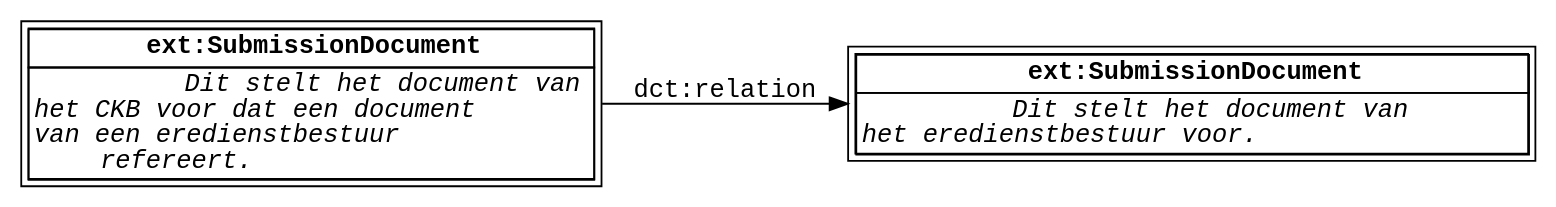
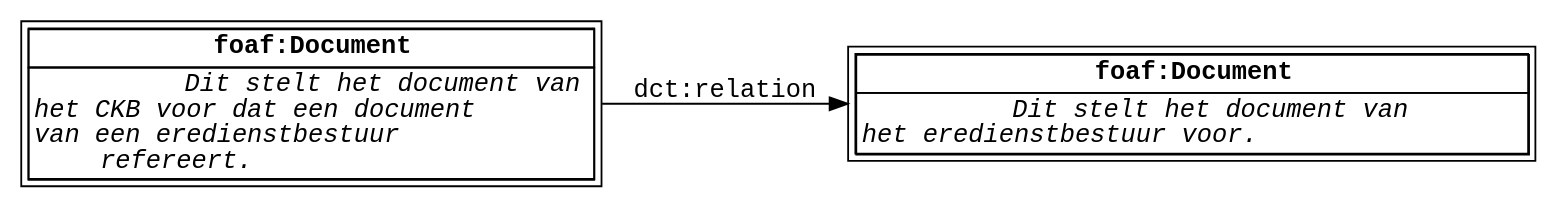
The diagram in DiagramsSource/refereren-als-ckb.dot (lblod/pages-vendors), drawn with Graphviz before and after one commit. The commit also changed 4 other files, not shown here.

First line of the commit message:
Change ext:SubmissionDocument to foaf:Document

```diff
--- a/DiagramsSource/refereren-als-ckb.dot
+++ b/DiagramsSource/refereren-als-ckb.dot
@@ -1,39 +1,39 @@
 digraph ReferencingAsCKBModel {
   node [shape="box", peripheries=2, margin=0, fontname="Monospace"];
   edge [fontname="Monospace"];
   rankdir="LR";
 
   SubmissionDocumentCKB [label=<
     <table border="0" cellspacing="0" cellborder="1">
       <tr>
-        <td><b>ext:SubmissionDocument</b></td>
+        <td><b>foaf:Document</b></td>
       </tr>
       <tr>
         <td>
           <i>Dit stelt het document van <br align="left" />
 het CKB voor dat een document <br align="left" />
 van een eredienstbestuur <br align="left" />
 refereert.
           </i>
         </td>
       </tr>
     </table>
   >];
 
   SubmissionDocumentEB [label=<
     <table border="0" cellspacing="0" cellborder="1">
       <tr>
-        <td><b>ext:SubmissionDocument</b></td>
+        <td><b>foaf:Document</b></td>
       </tr>
       <tr>
         <td>
           <i>Dit stelt het document van<br align="left" />
 het eredienstbestuur voor.
           </i>
         </td>
       </tr>
     </table>
   >];
 
   SubmissionDocumentCKB -> SubmissionDocumentEB [label="dct:relation"];
 }
```
